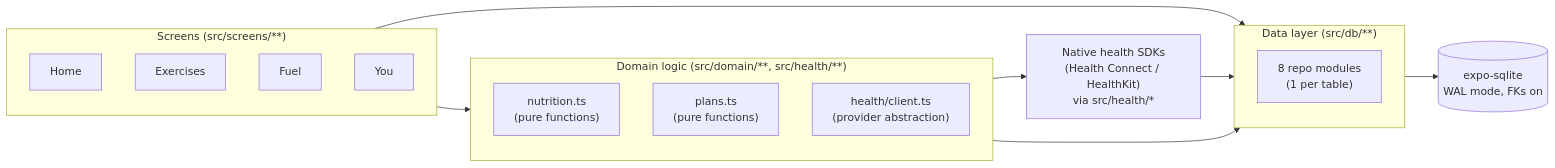
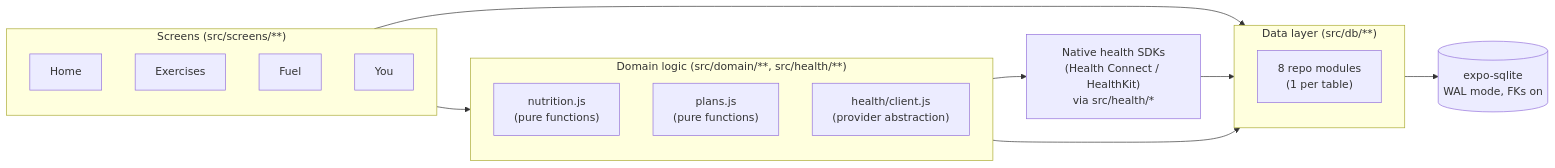
Before and after one commit to Kush172005/GymRat: the second of 2 diagrams in README.md, drawn with Mermaid. The commit also changed other lines of this file and 135 other files, not shown here.

````diff
--- a/README.md
+++ b/README.md
@@ -182,26 +182,26 @@
 ```mermaid
 flowchart LR
     subgraph Screens ["Screens (src/screens/**)"]
         direction TB
         Home & Exercises & Fuel & You
     end
     subgraph Domain ["Domain logic (src/domain/**, src/health/**)"]
         direction TB
-        Nutrition["nutrition.ts\n(pure functions)"]
-        Plans["plans.ts\n(pure functions)"]
-        HealthClient["health/client.ts\n(provider abstraction)"]
+        Nutrition["nutrition.js\n(pure functions)"]
+        Plans["plans.js\n(pure functions)"]
+        HealthClient["health/client.js\n(provider abstraction)"]
     end
     subgraph Data ["Data layer (src/db/**)"]
         direction TB
         Repos["8 repo modules\n(1 per table)"]
     end
     SQLite[("expo-sqlite\nWAL mode, FKs on")]
     Native["Native health SDKs\n(Health Connect / HealthKit)\nvia src/health/*"]
 
     Screens --> Domain
     Screens --> Repos
     Domain --> Repos
     Repos --> SQLite
     HealthClient --> Native
     Native --> Repos
 ```
````
